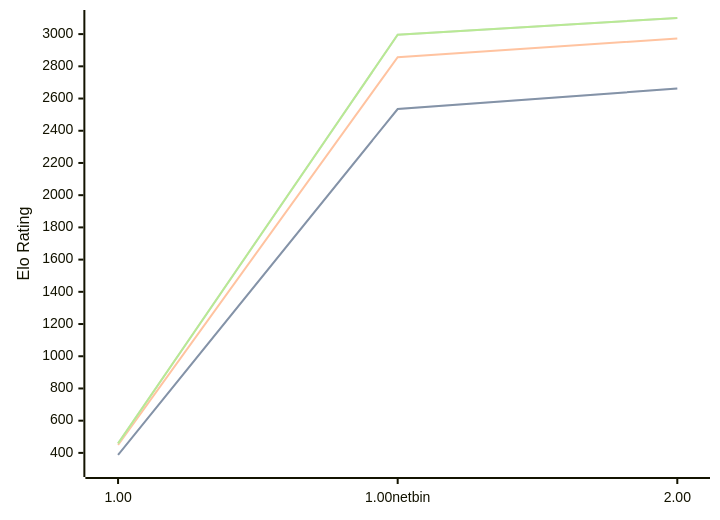
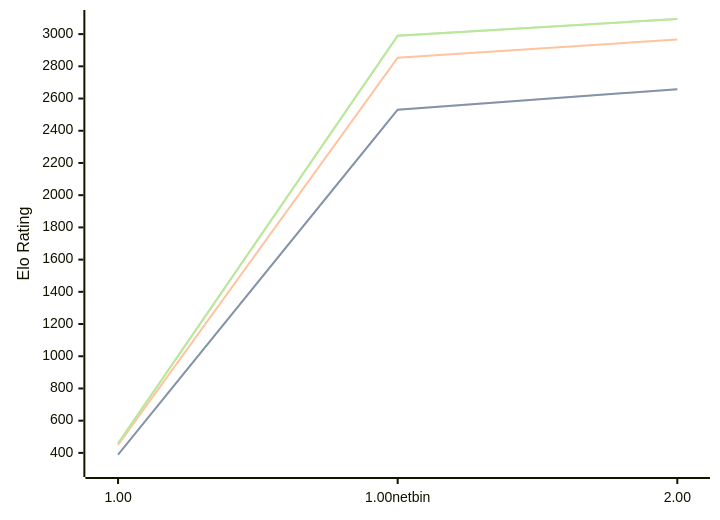
Before and after one commit to computer-chess-index/cci: the third of 3 diagrams in engines/Gilipol.md, drawn with Mermaid. The commit also changed other lines of this file, not shown here.

Commit message:
Update CCI Ratings (ELO VLTC) - 2026-07-16

````diff
--- a/engines/Gilipol.md
+++ b/engines/Gilipol.md
@@ -66,11 +66,11 @@
 ```mermaid
 %%{init: {"theme":"base","themeVariables":{"seriesColors:['#a3a3a3','#222221','#faa371']}}}%%
 xychart-beta
   x-axis ["1.00", "1.00netbin", "2.00"]
   y-axis "Elo Rating" 300 --> 3100
-  line "STC (8.0+0.08s)" [387, 2535, 2662]
-  line "STC (8.0+0.08s)" [387, 2535, 2662]
-  line "LTC (60.0+0.60s)" [450, 2857, 2973]
-  line "VLTC (2m24s+1.12s)" [459, 2996, 3100]
-  line "VLTC (2m24s+1.12s)" [459, 2996, 3100]
+  line "STC (8.0+0.08s)" [389, 2531, 2658]
+  line "STC (8.0+0.08s)" [389, 2531, 2658]
+  line "LTC (60.0+0.60s)" [450, 2853, 2967]
+  line "VLTC (2m24s+1.12s)" [459, 2990, 3094]
+  line "VLTC (2m24s+1.12s)" [459, 2990, 3094]
 ```
````
